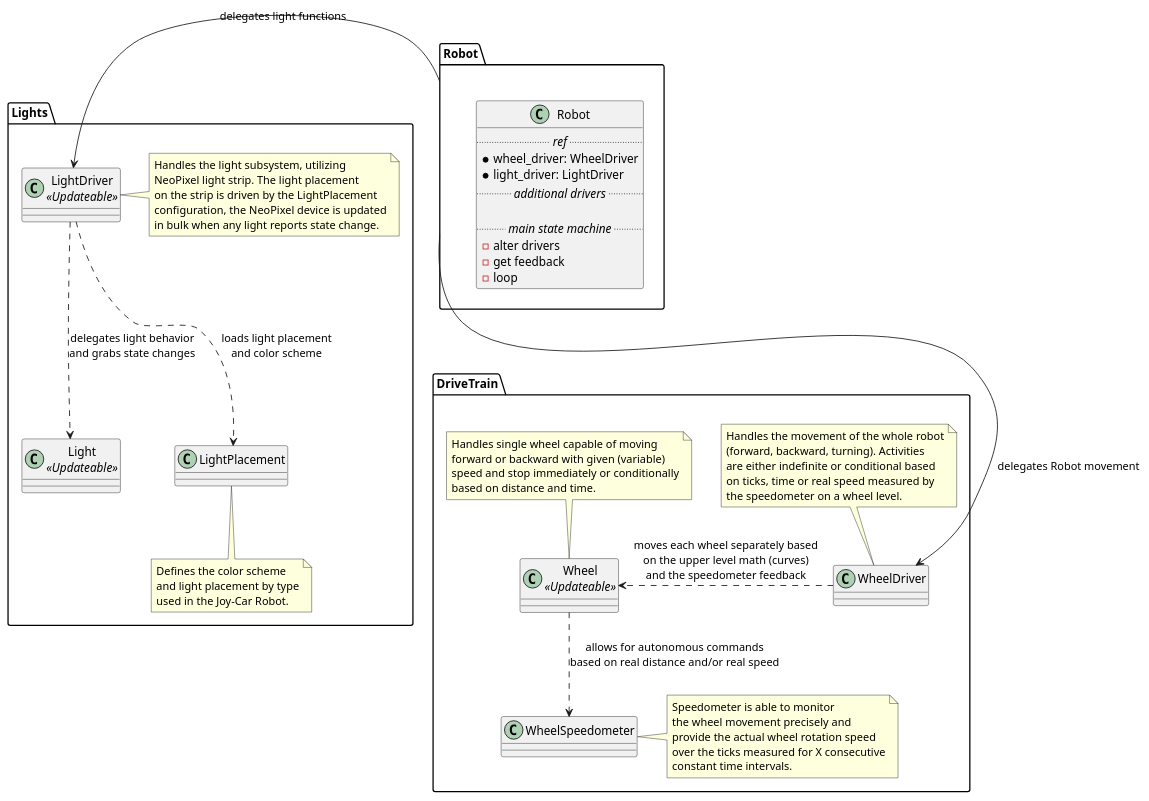
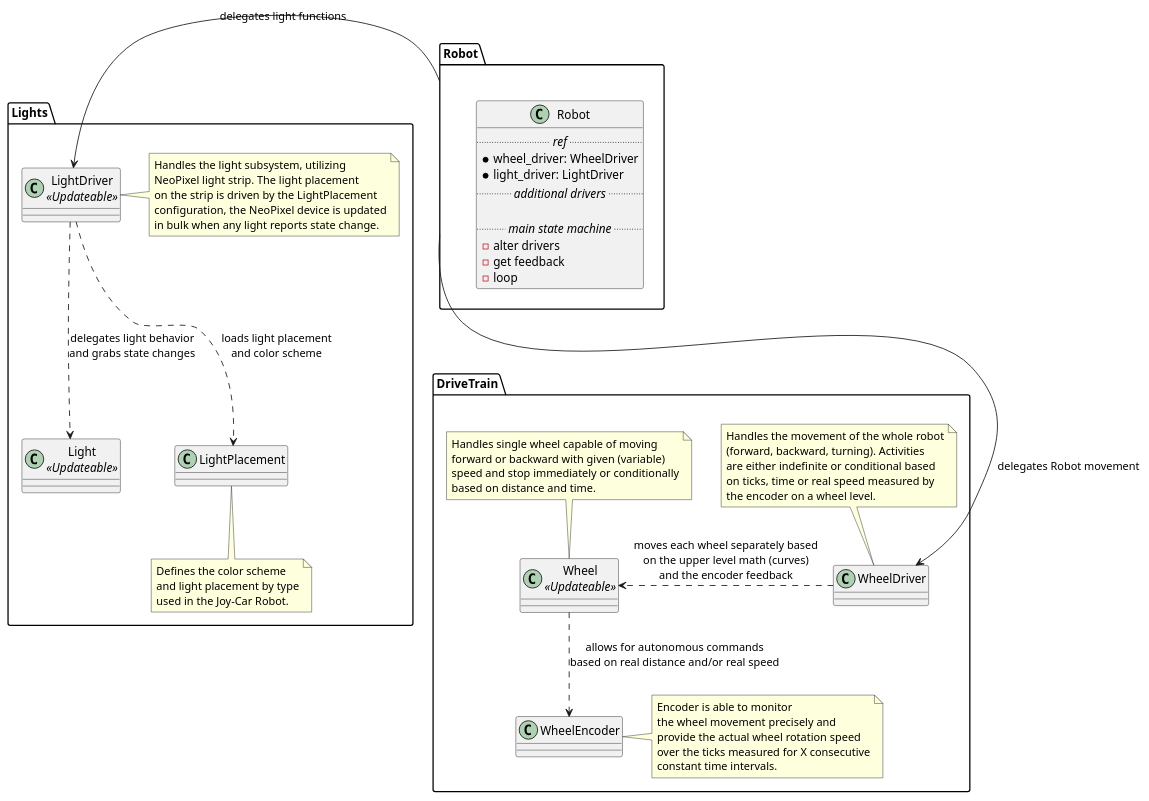
The diagram in robot-core/docs/class-robot-all.puml (rdolejsi/robotprogramming), drawn with PlantUML before and after one commit. The commit also changed 14 other files, not shown here.

```diff
--- a/robot-core/docs/class-robot-all.puml
+++ b/robot-core/docs/class-robot-all.puml
@@ -2,85 +2,85 @@
 @startuml
 
 namespace Lights {
     class LightDriver as "LightDriver\n//<<Updateable>>//" {
     }
 
     note right of LightDriver
         Handles the light subsystem, utilizing
         NeoPixel light strip. The light placement
         on the strip is driven by the LightPlacement
         configuration, the NeoPixel device is updated
         in bulk when any light reports state change.
     end note
 
     class LightPlacement {
     }
 
     note bottom of LightPlacement
         Defines the color scheme
         and light placement by type
         used in the Joy-Car Robot.
     end note
 
     class Light as "Light\n//<<Updateable>>//" {
     }
 
     LightDriver ..> Light: "delegates light behavior\nand grabs state changes"
     LightDriver ..> LightPlacement: "loads light placement\nand color scheme"
 }
 
 namespace DriveTrain {
     class WheelDriver {
     }
 
     note top of WheelDriver
         Handles the movement of the whole robot
         (forward, backward, turning). Activities
         are either indefinite or conditional based
         on ticks, time or real speed measured by
-        the speedometer on a wheel level.
+        the encoder on a wheel level.
     end note
 
     class Wheel as "Wheel\n//<<Updateable>>//" {
     }
 
     note top of Wheel
         Handles single wheel capable of moving
         forward or backward with given (variable)
         speed and stop immediately or conditionally
         based on distance and time.
     end note
 
-    class WheelSpeedometer {
+    class WheelEncoder {
     }
 
-    note right of WheelSpeedometer
-        Speedometer is able to monitor
+    note right of WheelEncoder
+        Encoder is able to monitor
         the wheel movement precisely and
         provide the actual wheel rotation speed
         over the ticks measured for X consecutive
         constant time intervals.
     end note
 
-    WheelDriver .right.> Wheel: "moves each wheel separately based\non the upper level math (curves)\nand the speedometer feedback"
-    Wheel .down.> WheelSpeedometer: "allows for autonomous commands\nbased on real distance and/or real speed"
+    WheelDriver .right.> Wheel: "moves each wheel separately based\non the upper level math (curves)\nand the encoder feedback"
+    Wheel .down.> WheelEncoder: "allows for autonomous commands\nbased on real distance and/or real speed"
 }
 
 namespace Robot {
     class Robot {
         .... //ref// ....
         * wheel_driver: WheelDriver
         * light_driver: LightDriver
         .... //additional drivers// ....
 
         .... //main state machine// ....
         - alter drivers
         - get feedback
         - loop
     }
 }
 
 Robot::Robot -left-> LightDriver: "delegates light functions"
 Robot::Robot -down--> WheelDriver: "delegates Robot movement"
 
 @enduml
```
